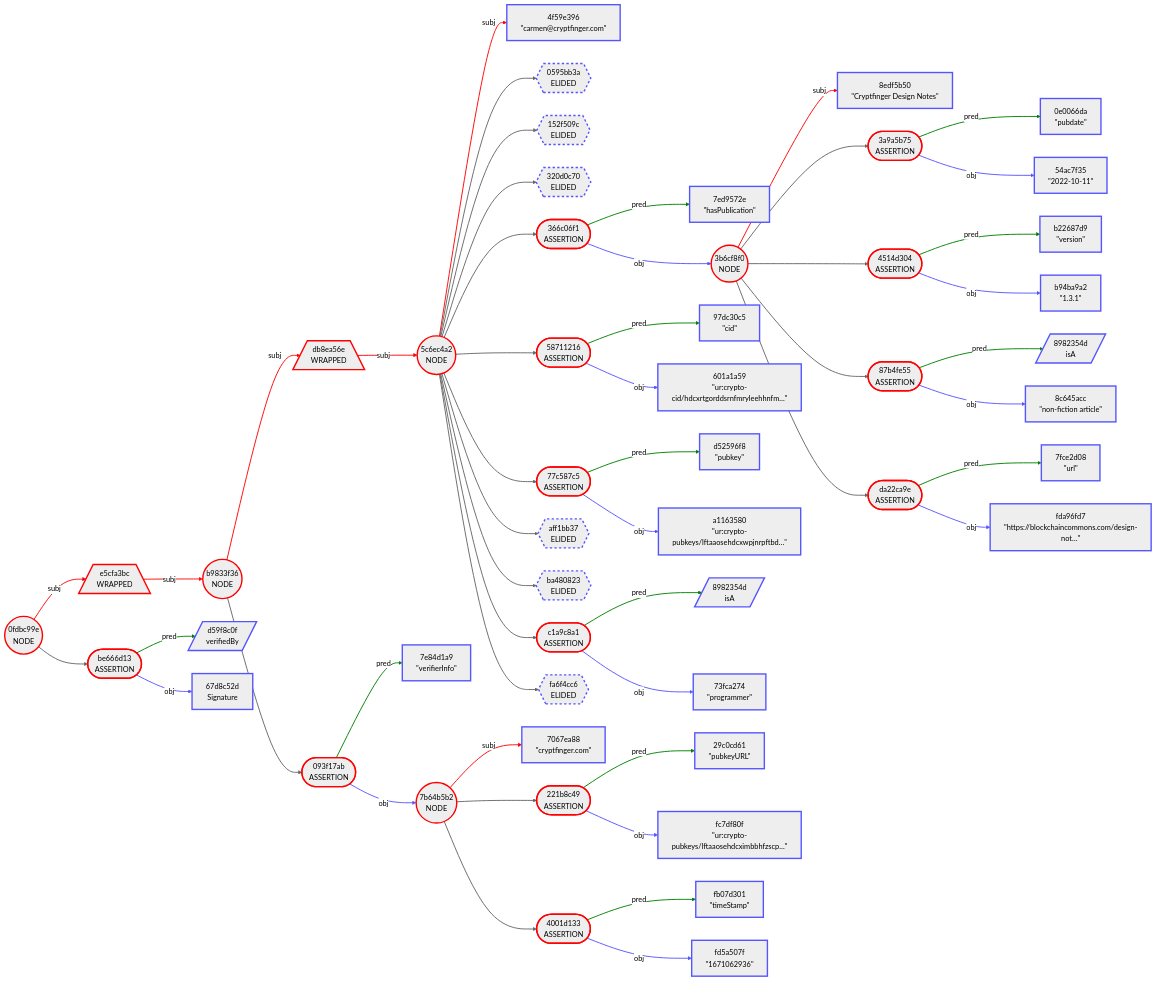
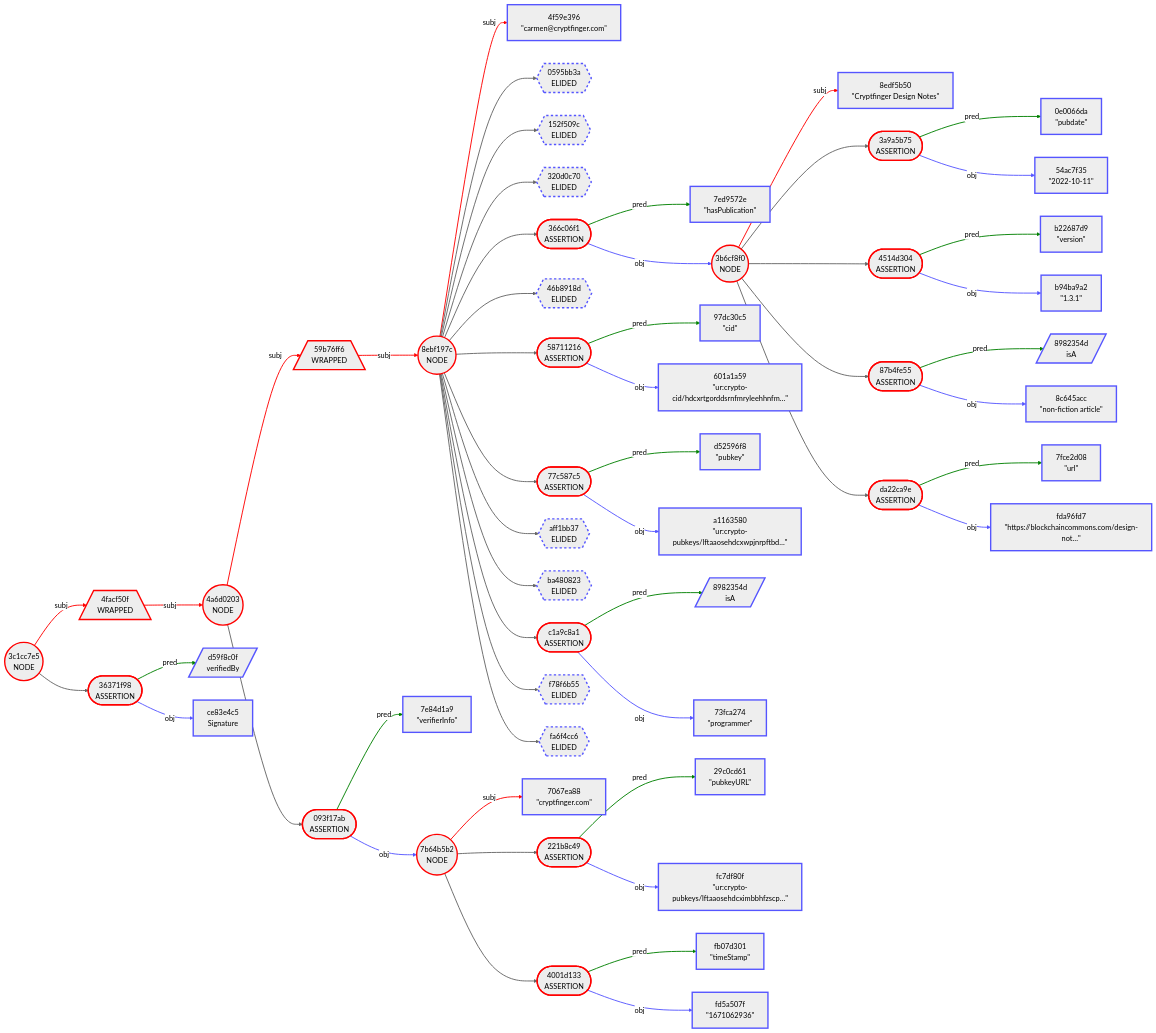
Before and after one commit to BlockchainCommons/Gordian: the eighth of 8 diagrams in Docs/Envelope-Use-Cases-Data.md, drawn with Mermaid (neutral theme). The commit also changed other lines of this file, not shown here.

````diff
--- a/Docs/Envelope-Use-Cases-Data.md
+++ b/Docs/Envelope-Use-Cases-Data.md
@@ -2126,10 +2126,10 @@
 ```mermaid
 graph LR
-    1(("0fdbc99e<br/>NODE"))
-    2[/"e5cfa3bc<br/>WRAPPED"\]
-    3(("b9833f36<br/>NODE"))
-    4[/"db8ea56e<br/>WRAPPED"\]
-    5(("5c6ec4a2<br/>NODE"))
+    1(("3c1cc7e5<br/>NODE"))
+    2[/"4facf50f<br/>WRAPPED"\]
+    3(("4a6d0203<br/>NODE"))
+    4[/"59b76ff6<br/>WRAPPED"\]
+    5(("8ebf197c<br/>NODE"))
     6["4f59e396<br/>#quot;carmen@cryptfinger.com#quot;"]
     7{{"0595bb3a<br/>ELIDED"}}
     8{{"152f509c<br/>ELIDED"}}
@@ -2150,31 +2150,33 @@
     23(["da22ca9e<br/>ASSERTION"])
     24["7fce2d08<br/>#quot;url#quot;"]
     25["fda96fd7<br/>#quot;https://blockchaincommons.com/design-not…#quot;"]
-    26(["58711216<br/>ASSERTION"])
-    27["97dc30c5<br/>#quot;cid#quot;"]
-    28["601a1a59<br/>#quot;ur:crypto-cid/hdcxrtgorddsrnfmryleehhnfm…#quot;"]
-    29(["77c587c5<br/>ASSERTION"])
-    30["d52596f8<br/>#quot;pubkey#quot;"]
-    31["a1163580<br/>#quot;ur:crypto-pubkeys/lftaaosehdcxwpjnrpftbd…#quot;"]
-    32{{"aff1bb37<br/>ELIDED"}}
-    33{{"ba480823<br/>ELIDED"}}
-    34(["c1a9c8a1<br/>ASSERTION"])
-    35[/"8982354d<br/>isA"/]
-    36["73fca274<br/>#quot;programmer#quot;"]
-    37{{"fa6f4cc6<br/>ELIDED"}}
-    38(["093f17ab<br/>ASSERTION"])
-    39["7e84d1a9<br/>#quot;verifierInfo#quot;"]
-    40(("7b64b5b2<br/>NODE"))
-    41["7067ea88<br/>#quot;cryptfinger.com#quot;"]
-    42(["221b8c49<br/>ASSERTION"])
-    43["29c0cd61<br/>#quot;pubkeyURL#quot;"]
-    44["fc7df80f<br/>#quot;ur:crypto-pubkeys/lftaaosehdcximbbhfzscp…#quot;"]
-    45(["4001d133<br/>ASSERTION"])
-    46["fb07d301<br/>#quot;timeStamp#quot;"]
-    47["fd5a507f<br/>#quot;1671062936#quot;"]
-    48(["be666d13<br/>ASSERTION"])
-    49[/"d59f8c0f<br/>verifiedBy"/]
-    50["67d8c52d<br/>Signature"]
+    26{{"46b8918d<br/>ELIDED"}}
+    27(["58711216<br/>ASSERTION"])
+    28["97dc30c5<br/>#quot;cid#quot;"]
+    29["601a1a59<br/>#quot;ur:crypto-cid/hdcxrtgorddsrnfmryleehhnfm…#quot;"]
+    30(["77c587c5<br/>ASSERTION"])
+    31["d52596f8<br/>#quot;pubkey#quot;"]
+    32["a1163580<br/>#quot;ur:crypto-pubkeys/lftaaosehdcxwpjnrpftbd…#quot;"]
+    33{{"aff1bb37<br/>ELIDED"}}
+    34{{"ba480823<br/>ELIDED"}}
+    35(["c1a9c8a1<br/>ASSERTION"])
+    36[/"8982354d<br/>isA"/]
+    37["73fca274<br/>#quot;programmer#quot;"]
+    38{{"f78f6b55<br/>ELIDED"}}
+    39{{"fa6f4cc6<br/>ELIDED"}}
+    40(["093f17ab<br/>ASSERTION"])
+    41["7e84d1a9<br/>#quot;verifierInfo#quot;"]
+    42(("7b64b5b2<br/>NODE"))
+    43["7067ea88<br/>#quot;cryptfinger.com#quot;"]
+    44(["221b8c49<br/>ASSERTION"])
+    45["29c0cd61<br/>#quot;pubkeyURL#quot;"]
+    46["fc7df80f<br/>#quot;ur:crypto-pubkeys/lftaaosehdcximbbhfzscp…#quot;"]
+    47(["4001d133<br/>ASSERTION"])
+    48["fb07d301<br/>#quot;timeStamp#quot;"]
+    49["fd5a507f<br/>#quot;1671062936#quot;"]
+    50(["36371f98<br/>ASSERTION"])
+    51[/"d59f8c0f<br/>verifiedBy"/]
+    52["ce83e4c5<br/>Signature"]
     1 -->|subj| 2
     2 -->|subj| 3
     3 -->|subj| 4
@@ -2200,30 +2202,32 @@
     23 -->|pred| 24
     23 -->|obj| 25
     5 --> 26
-    26 -->|pred| 27
-    26 -->|obj| 28
-    5 --> 29
-    29 -->|pred| 30
-    29 -->|obj| 31
-    5 --> 32
+    5 --> 27
+    27 -->|pred| 28
+    27 -->|obj| 29
+    5 --> 30
+    30 -->|pred| 31
+    30 -->|obj| 32
     5 --> 33
     5 --> 34
-    34 -->|pred| 35
-    34 -->|obj| 36
-    5 --> 37
-    3 --> 38
-    38 -->|pred| 39
-    38 -->|obj| 40
-    40 -->|subj| 41
-    40 --> 42
-    42 -->|pred| 43
-    42 -->|obj| 44
-    40 --> 45
-    45 -->|pred| 46
-    45 -->|obj| 47
-    1 --> 48
-    48 -->|pred| 49
-    48 -->|obj| 50
+    5 --> 35
+    35 -->|pred| 36
+    35 -->|obj| 37
+    5 --> 38
+    5 --> 39
+    3 --> 40
+    40 -->|pred| 41
+    40 -->|obj| 42
+    42 -->|subj| 43
+    42 --> 44
+    44 -->|pred| 45
+    44 -->|obj| 46
+    42 --> 47
+    47 -->|pred| 48
+    47 -->|obj| 49
+    1 --> 50
+    50 -->|pred| 51
+    50 -->|obj| 52
     style 1 stroke:red,stroke-width:3.0px
     style 2 stroke:red,stroke-width:3.0px
     style 3 stroke:red,stroke-width:3.0px
@@ -2249,31 +2253,33 @@
     style 23 stroke:red,stroke-width:3.0px
     style 24 stroke:#55f,stroke-width:3.0px
     style 25 stroke:#55f,stroke-width:3.0px
-    style 26 stroke:red,stroke-width:3.0px
-    style 27 stroke:#55f,stroke-width:3.0px
+    style 26 stroke:#55f,stroke-width:3.0px,stroke-dasharray:5.0 5.0
+    style 27 stroke:red,stroke-width:3.0px
     style 28 stroke:#55f,stroke-width:3.0px
-    style 29 stroke:red,stroke-width:3.0px
-    style 30 stroke:#55f,stroke-width:3.0px
+    style 29 stroke:#55f,stroke-width:3.0px
+    style 30 stroke:red,stroke-width:3.0px
     style 31 stroke:#55f,stroke-width:3.0px
-    style 32 stroke:#55f,stroke-width:3.0px,stroke-dasharray:5.0 5.0
+    style 32 stroke:#55f,stroke-width:3.0px
     style 33 stroke:#55f,stroke-width:3.0px,stroke-dasharray:5.0 5.0
-    style 34 stroke:red,stroke-width:3.0px
-    style 35 stroke:#55f,stroke-width:3.0px
+    style 34 stroke:#55f,stroke-width:3.0px,stroke-dasharray:5.0 5.0
+    style 35 stroke:red,stroke-width:3.0px
     style 36 stroke:#55f,stroke-width:3.0px
-    style 37 stroke:#55f,stroke-width:3.0px,stroke-dasharray:5.0 5.0
-    style 38 stroke:red,stroke-width:3.0px
-    style 39 stroke:#55f,stroke-width:3.0px
+    style 37 stroke:#55f,stroke-width:3.0px
+    style 38 stroke:#55f,stroke-width:3.0px,stroke-dasharray:5.0 5.0
+    style 39 stroke:#55f,stroke-width:3.0px,stroke-dasharray:5.0 5.0
     style 40 stroke:red,stroke-width:3.0px
     style 41 stroke:#55f,stroke-width:3.0px
     style 42 stroke:red,stroke-width:3.0px
     style 43 stroke:#55f,stroke-width:3.0px
-    style 44 stroke:#55f,stroke-width:3.0px
-    style 45 stroke:red,stroke-width:3.0px
+    style 44 stroke:red,stroke-width:3.0px
+    style 45 stroke:#55f,stroke-width:3.0px
     style 46 stroke:#55f,stroke-width:3.0px
-    style 47 stroke:#55f,stroke-width:3.0px
-    style 48 stroke:red,stroke-width:3.0px
+    style 47 stroke:red,stroke-width:3.0px
+    style 48 stroke:#55f,stroke-width:3.0px
     style 49 stroke:#55f,stroke-width:3.0px
-    style 50 stroke:#55f,stroke-width:3.0px
+    style 50 stroke:red,stroke-width:3.0px
+    style 51 stroke:#55f,stroke-width:3.0px
+    style 52 stroke:#55f,stroke-width:3.0px
     linkStyle 0 stroke:red,stroke-width:2.0px
     linkStyle 1 stroke:red,stroke-width:2.0px
     linkStyle 2 stroke:red,stroke-width:2.0px
@@ -2299,28 +2305,30 @@
     linkStyle 22 stroke:green,stroke-width:2.0px
     linkStyle 23 stroke:#55f,stroke-width:2.0px
     linkStyle 24 stroke-width:2.0px
-    linkStyle 25 stroke:green,stroke-width:2.0px
-    linkStyle 26 stroke:#55f,stroke-width:2.0px
-    linkStyle 27 stroke-width:2.0px
-    linkStyle 28 stroke:green,stroke-width:2.0px
-    linkStyle 29 stroke:#55f,stroke-width:2.0px
-    linkStyle 30 stroke-width:2.0px
+    linkStyle 25 stroke-width:2.0px
+    linkStyle 26 stroke:green,stroke-width:2.0px
+    linkStyle 27 stroke:#55f,stroke-width:2.0px
+    linkStyle 28 stroke-width:2.0px
+    linkStyle 29 stroke:green,stroke-width:2.0px
+    linkStyle 30 stroke:#55f,stroke-width:2.0px
     linkStyle 31 stroke-width:2.0px
     linkStyle 32 stroke-width:2.0px
-    linkStyle 33 stroke:green,stroke-width:2.0px
-    linkStyle 34 stroke:#55f,stroke-width:2.0px
-    linkStyle 35 stroke-width:2.0px
+    linkStyle 33 stroke-width:2.0px
+    linkStyle 34 stroke:green,stroke-width:2.0px
+    linkStyle 35 stroke:#55f,stroke-width:2.0px
     linkStyle 36 stroke-width:2.0px
-    linkStyle 37 stroke:green,stroke-width:2.0px
-    linkStyle 38 stroke:#55f,stroke-width:2.0px
-    linkStyle 39 stroke:red,stroke-width:2.0px
-    linkStyle 40 stroke-width:2.0px
-    linkStyle 41 stroke:green,stroke-width:2.0px
-    linkStyle 42 stroke:#55f,stroke-width:2.0px
-    linkStyle 43 stroke-width:2.0px
-    linkStyle 44 stroke:green,stroke-width:2.0px
-    linkStyle 45 stroke:#55f,stroke-width:2.0px
-    linkStyle 46 stroke-width:2.0px
-    linkStyle 47 stroke:green,stroke-width:2.0px
-    linkStyle 48 stroke:#55f,stroke-width:2.0px
+    linkStyle 37 stroke-width:2.0px
+    linkStyle 38 stroke-width:2.0px
+    linkStyle 39 stroke:green,stroke-width:2.0px
+    linkStyle 40 stroke:#55f,stroke-width:2.0px
+    linkStyle 41 stroke:red,stroke-width:2.0px
+    linkStyle 42 stroke-width:2.0px
+    linkStyle 43 stroke:green,stroke-width:2.0px
+    linkStyle 44 stroke:#55f,stroke-width:2.0px
+    linkStyle 45 stroke-width:2.0px
+    linkStyle 46 stroke:green,stroke-width:2.0px
+    linkStyle 47 stroke:#55f,stroke-width:2.0px
+    linkStyle 48 stroke-width:2.0px
+    linkStyle 49 stroke:green,stroke-width:2.0px
+    linkStyle 50 stroke:#55f,stroke-width:2.0px
 ```
````
